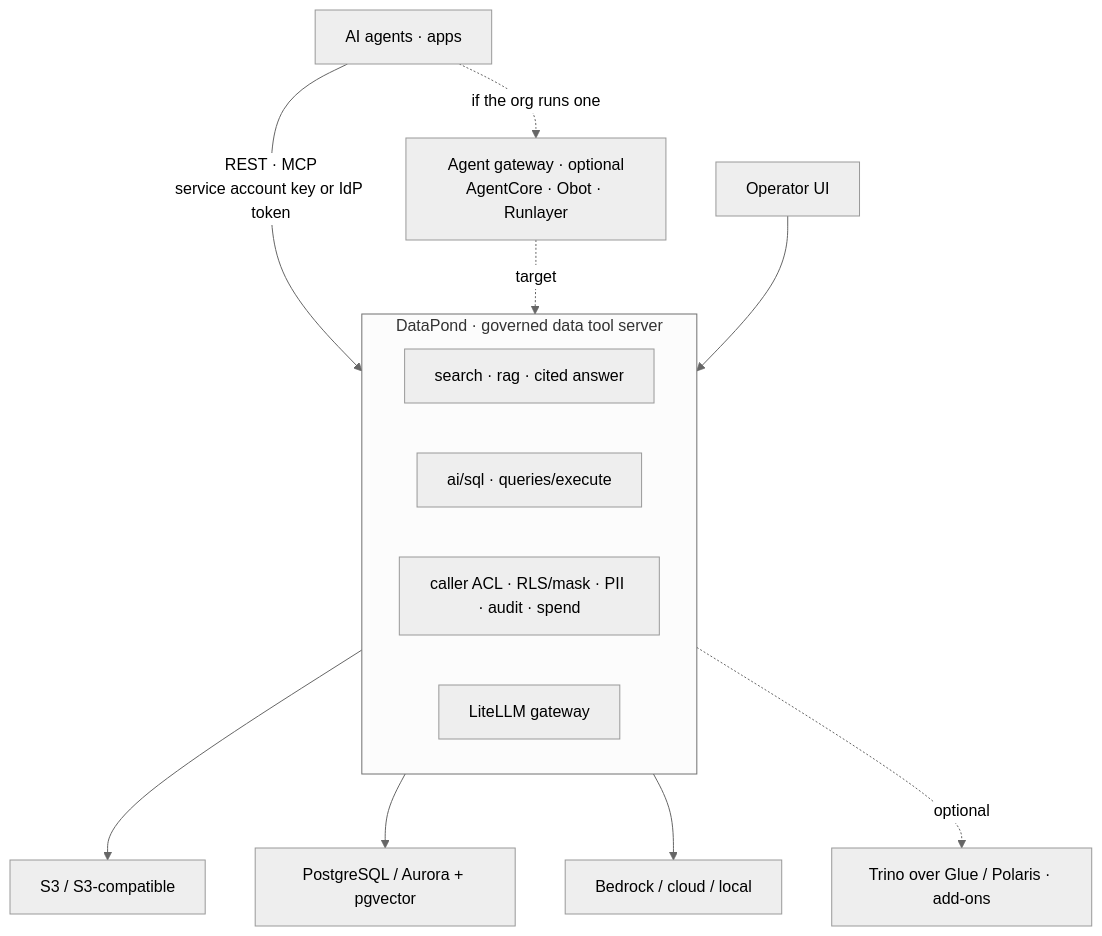
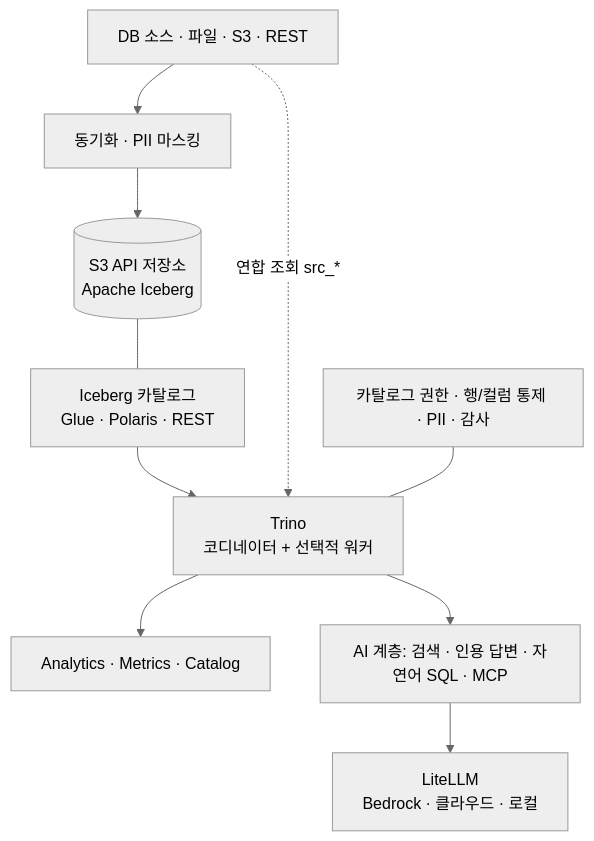
One commit to lukesgood/datapond changed the diagram in docs/PRODUCT_CONCEPT.md. Above: the diagram before and after it, drawn with Mermaid (neutral theme). The commit also changed other lines of this file and 11 other files, not shown here.

First line of the commit message:
docs: positioning v7 — a lightweight open lakehouse for small and mid-size teams on AWS (chart 2.6.0)

````diff
--- a/docs/PRODUCT_CONCEPT.md
+++ b/docs/PRODUCT_CONCEPT.md
@@ -130,19 +84,12 @@
 ```mermaid
 flowchart TB
-    AGENT[AI agents · apps] -- REST · MCP<br/>service account key or IdP token --> TOOLS
-    AGENT -. if the org runs one .-> GW[Agent gateway · optional<br/>AgentCore · Obot · Runlayer]
-    GW -. target .-> TOOLS
-
-    subgraph TOOLS[DataPond · governed data tool server]
-      RAG[search · rag · cited answer]
-      SQL[ai/sql · queries/execute]
-      GOV[caller ACL · RLS/mask · PII · audit · spend]
-      GATE[LiteLLM gateway]
-    end
-
-    OPS[Operator UI] --> TOOLS
-    TOOLS --> STORE[S3 / S3-compatible]
-    TOOLS --> VECTOR[PostgreSQL / Aurora + pgvector]
-    TOOLS --> MODEL[Bedrock / cloud / local]
-    TOOLS -. optional .-> PLANE[Trino over Glue / Polaris · add-ons]
+    SRC[DB 소스 · 파일 · S3 · REST] --> SYNC[동기화 · PII 마스킹]
+    SYNC --> LAKE[(S3 API 저장소<br/>Apache Iceberg)]
+    LAKE --- CAT[Iceberg 카탈로그<br/>Glue · Polaris · REST]
+    CAT --> TRINO[Trino<br/>코디네이터 + 선택적 워커]
+    SRC -. 연합 조회 src_* .-> TRINO
+    TRINO --> USE[Analytics · Metrics · Catalog]
+    GOV[카탈로그 권한 · 행/컬럼 통제 · PII · 감사] --- TRINO
+    TRINO --> AI[AI 계층: 검색 · 인용 답변 · 자연어 SQL · MCP]
+    AI --> LLM[LiteLLM<br/>Bedrock · 클라우드 · 로컬]
 ```
````
